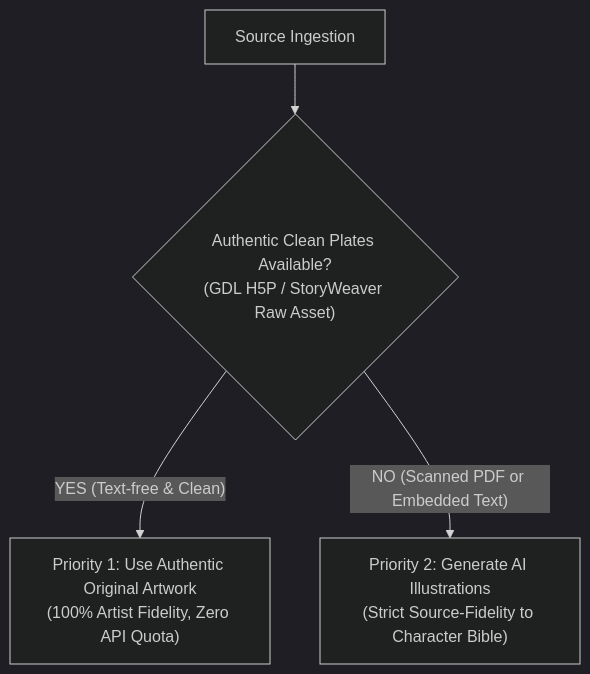
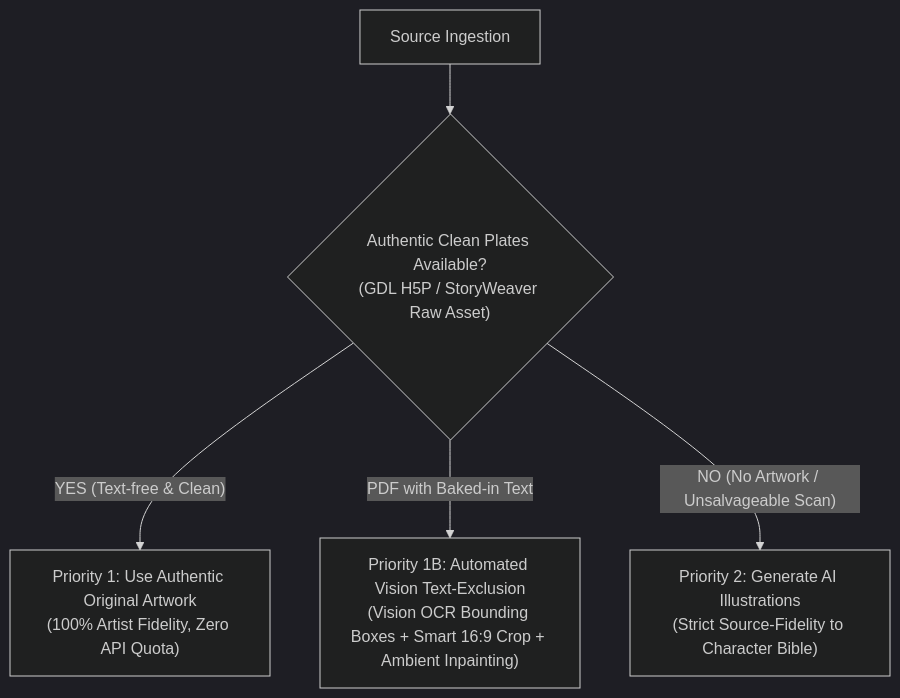
One commit to ramustha/storybook-video-generator changed the diagram in skills/storybook-video-generator/references/story-sources.md. Above: the diagram before and after it, drawn with Mermaid (dark theme). The commit also changed other lines of this file and 14 other files, not shown here.

Commit message:
feat: support portrait books and unlisted flow

````diff
--- a/skills/storybook-video-generator/references/story-sources.md
+++ b/skills/storybook-video-generator/references/story-sources.md
@@ -65,6 +65,7 @@
 ```mermaid
 flowchart TD
     S["Source Ingestion"] --> Q{"Authentic Clean Plates Available?<br/>(GDL H5P / StoryWeaver Raw Asset)"}
     Q -- "YES (Text-free & Clean)" --> P1["Priority 1: Use Authentic Original Artwork<br/>(100% Artist Fidelity, Zero API Quota)"]
-    Q -- "NO (Scanned PDF or Embedded Text)" --> P2["Priority 2: Generate AI Illustrations<br/>(Strict Source-Fidelity to Character Bible)"]
+    Q -- "PDF with Baked-in Text" --> P1B["Priority 1B: Automated Vision Text-Exclusion<br/>(Vision OCR Bounding Boxes + Smart 16:9 Crop + Ambient Inpainting)"]
+    Q -- "NO (No Artwork / Unsalvageable Scan)" --> P2["Priority 2: Generate AI Illustrations<br/>(Strict Source-Fidelity to Character Bible)"]
 ```
````
